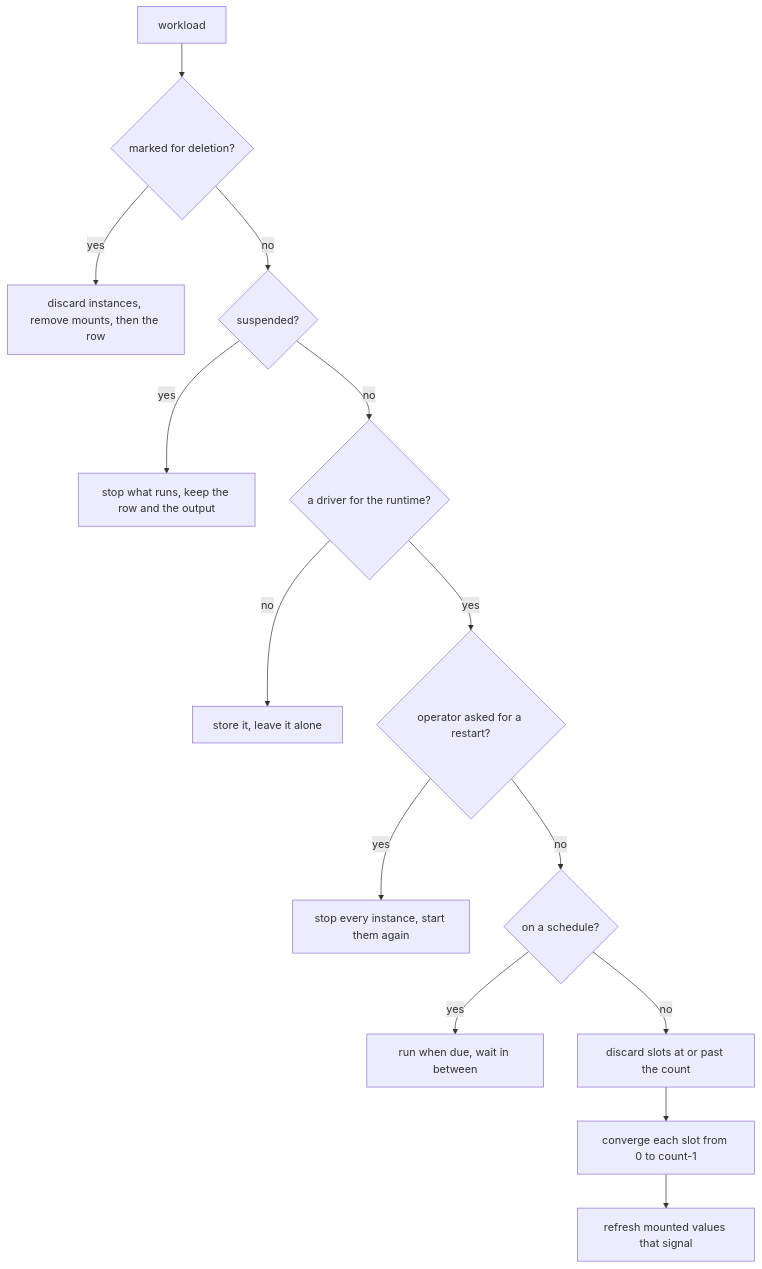
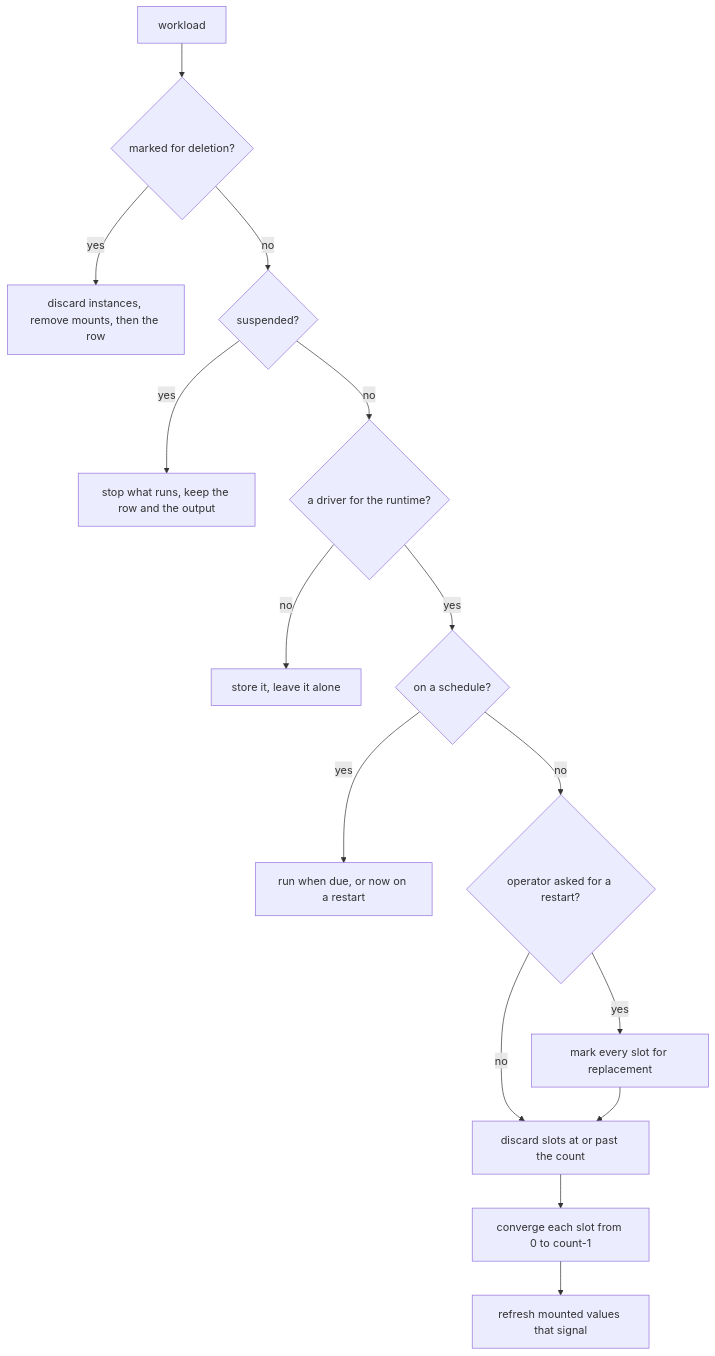
The third of 5 diagrams in docs/reconciliation.md (dsb-labs/takt), drawn with Mermaid before and after one commit. The commit also changed other lines of this file and 2 other files, not shown here.

Commit message:
docs: say that a restart rolls across the instances
This commit updates the design, reconciliation and CLI docs to describe
a restart as a rolling replacement rather than a stop of every instance
followed by a start of them all.

````diff
--- a/docs/reconciliation.md
+++ b/docs/reconciliation.md
@@ -102,16 +102,17 @@
 ```mermaid
 flowchart TD
     start["workload"] --> deleted{"marked for deletion?"}
     deleted -- yes --> teardown["discard instances, remove mounts, then the row"]
     deleted -- no --> suspended{"suspended?"}
     suspended -- yes --> hold["stop what runs, keep the row and the output"]
     suspended -- no --> driver{"a driver for the runtime?"}
     driver -- no --> leave["store it, leave it alone"]
-    driver -- yes --> restart{"operator asked for a restart?"}
-    restart -- yes --> replaceall["stop every instance, start them again"]
-    restart -- no --> scheduled{"on a schedule?"}
-    scheduled -- yes --> occurrence["run when due, wait in between"]
-    scheduled -- no --> shrink["discard slots at or past the count"]
+    driver -- yes --> scheduled{"on a schedule?"}
+    scheduled -- yes --> occurrence["run when due, or now on a restart"]
+    scheduled -- no --> restart{"operator asked for a restart?"}
+    restart -- yes --> mark["mark every slot for replacement"]
+    restart -- no --> shrink["discard slots at or past the count"]
+    mark --> shrink
     shrink --> slots["converge each slot from 0 to count-1"]
     slots --> refresh["refresh mounted values that signal"]
 ```
````
